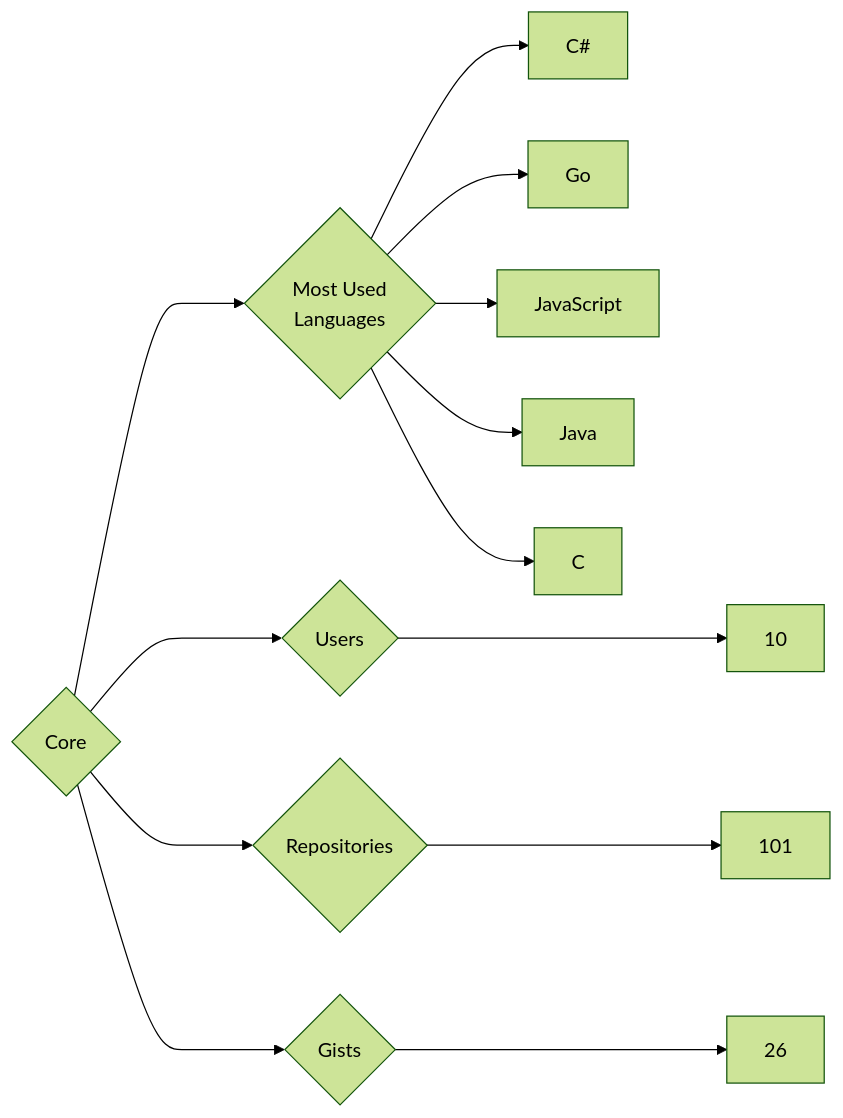
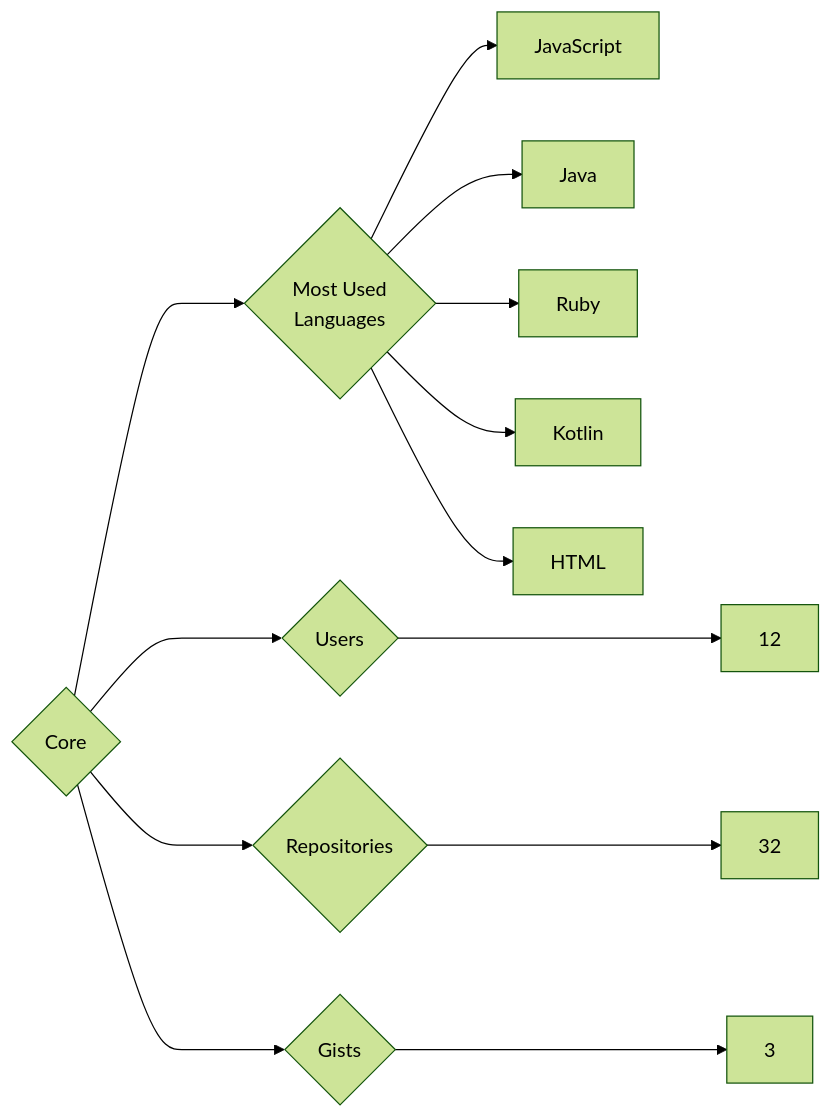
Before and after one commit to trickest/insiders: the diagram in targets/Core/README.md, drawn with Mermaid (forest theme). The commit also changed 1170 other files, not shown here.

````diff
--- a/targets/Core/README.md
+++ b/targets/Core/README.md
@@ -3,13 +3,13 @@
 ```mermaid
 graph LR
 COMPANY_NAME{Core}
-COMPANY_NAME ---> U{Users} ---> UN[10]
-COMPANY_NAME ---> R{Repositories} ---> RN[101]
-COMPANY_NAME ---> G{Gists} ---> GN[26]
+COMPANY_NAME ---> U{Users} ---> UN[12]
+COMPANY_NAME ---> R{Repositories} ---> RN[32]
+COMPANY_NAME ---> G{Gists} ---> GN[3]
 COMPANY_NAME ---> ML{Most Used<br>Languages}
-ML --> C#[C#]
-ML --> Go[Go]
 ML --> JavaScript[JavaScript]
 ML --> Java[Java]
-ML --> C[C]
+ML --> Ruby[Ruby]
+ML --> Kotlin[Kotlin]
+ML --> HTML[HTML]
 ```
````
